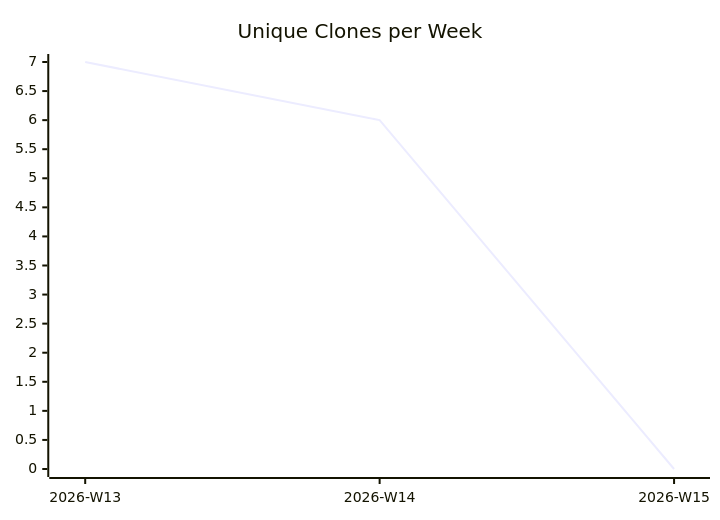
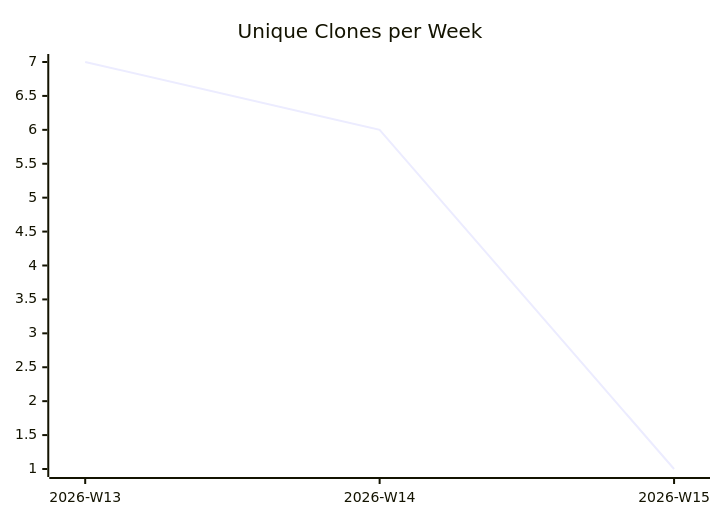
Before and after one commit to justdavis-family/github-analytics-data: the third of 3 diagrams in karlmdavis/lego-ev3dev-rs/README.md, drawn with Mermaid. The commit also changed other lines of this file and 174 other files, not shown here.

````diff
--- a/karlmdavis/lego-ev3dev-rs/README.md
+++ b/karlmdavis/lego-ev3dev-rs/README.md
@@ -19,6 +19,6 @@
 ```mermaid
 xychart-beta
   title "Unique Clones per Week"
   x-axis ["2026-W13", "2026-W14", "2026-W15"]
-  line [7, 6, 0]
+  line [7, 6, 1]
 ```
````
